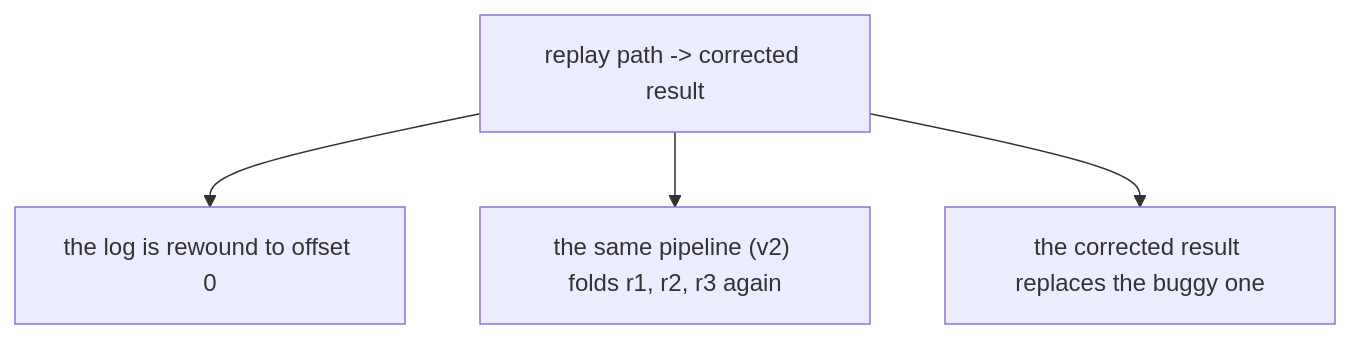
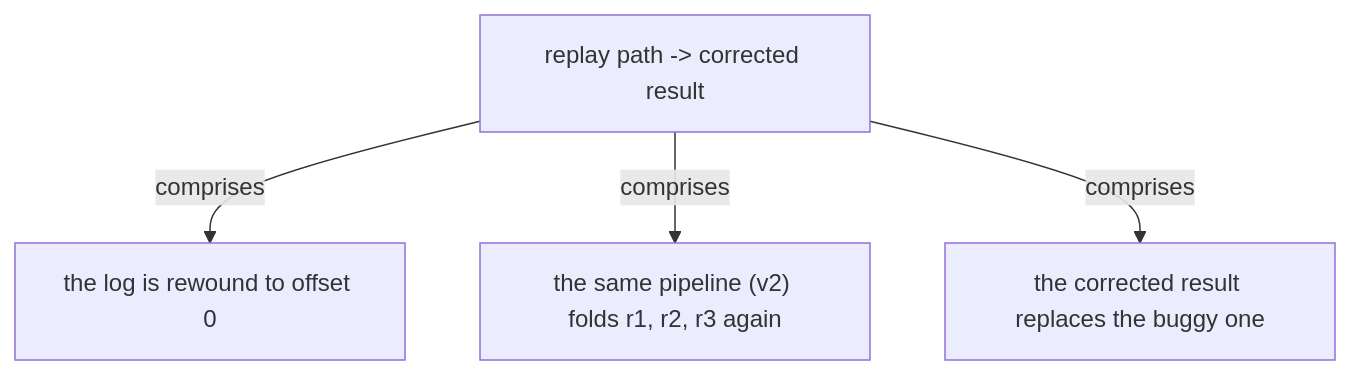
One commit to vinayakuber/streaming-systems-study-guide changed the seventh of 19 diagrams in docs/ch10-the-evolution-of-large-scale-data-processing.md. Above: the diagram before and after it, drawn with Mermaid. The commit also changed other lines of this file and 22 other files, not shown here.

First line of the commit message:
R18: label every diagram arrow with its meaning

````diff
--- a/docs/ch10-the-evolution-of-large-scale-data-processing.md
+++ b/docs/ch10-the-evolution-of-large-scale-data-processing.md
@@ -179,7 +179,7 @@
 ```mermaid
 flowchart TD
   R["replay path -&gt; corrected result"]
-  R --> P0["the log is rewound to offset 0"]
-  R --> P1["the same pipeline (v2) folds r1, r2, r3 again"]
-  R --> P2["the corrected result replaces the buggy one"]
+  R -->|"comprises"| P0["the log is rewound to offset 0"]
+  R -->|"comprises"| P1["the same pipeline (v2) folds r1, r2, r3 again"]
+  R -->|"comprises"| P2["the corrected result replaces the buggy one"]
 ```
````
